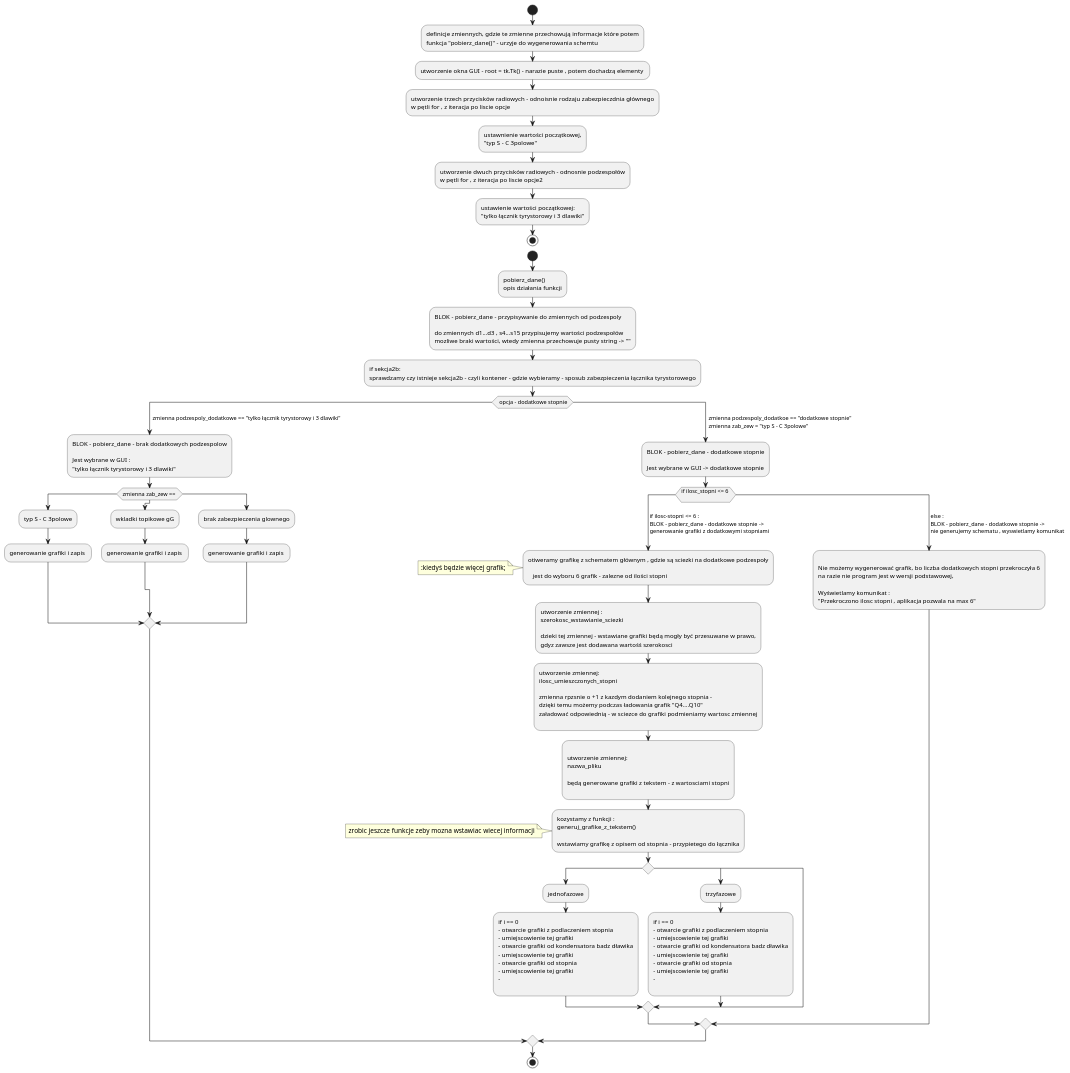
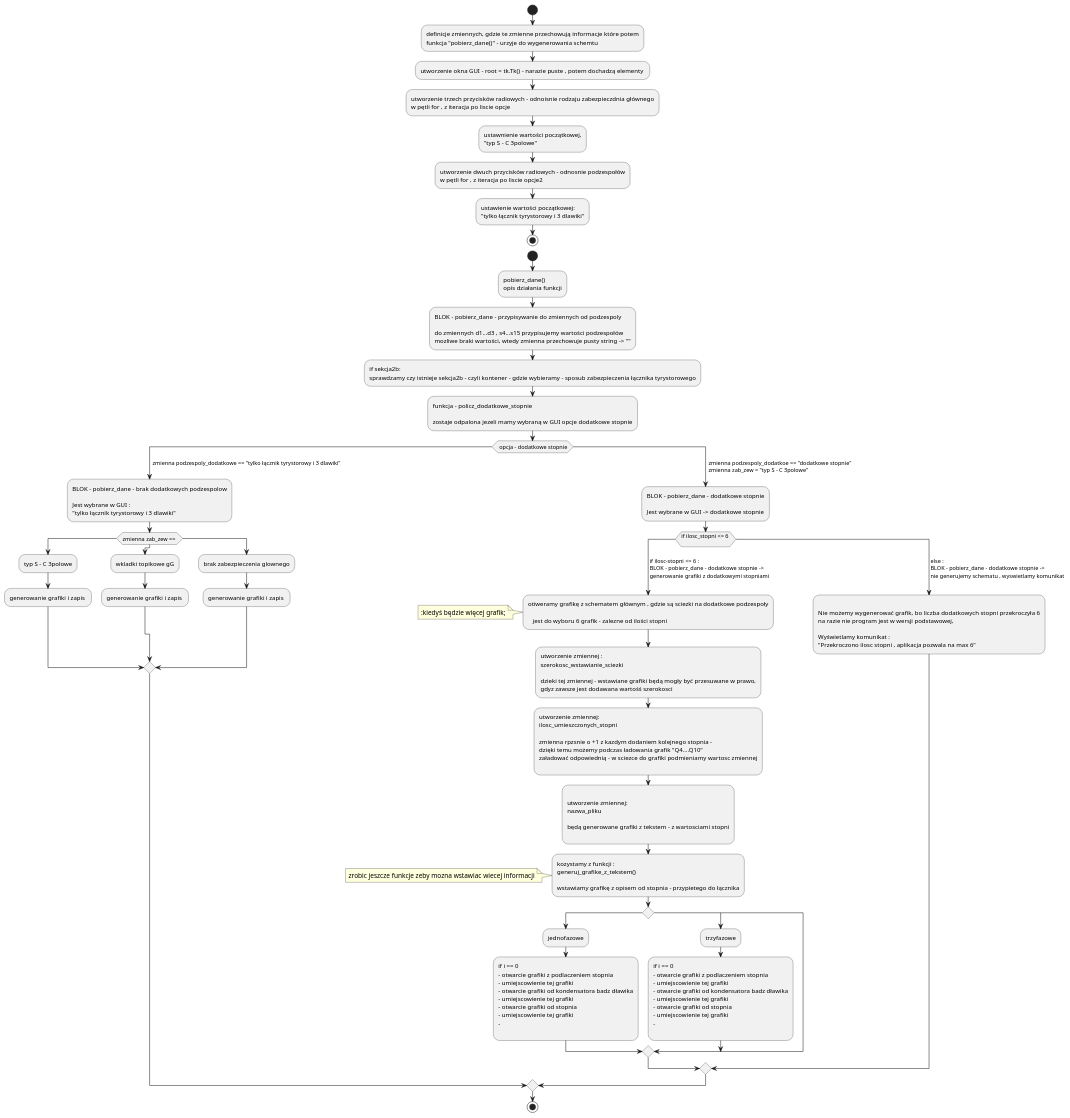
The diagram in generator_schematow_SVC/dzialanie_od_kodu.puml (Froniu7/Projekt-dla-Marka-), drawn with PlantUML before and after one commit. The commit also changed 15 other files, not shown here.

```diff
--- a/generator_schematow_SVC/dzialanie_od_kodu.puml
+++ b/generator_schematow_SVC/dzialanie_od_kodu.puml
@@ -1,123 +1,126 @@
 @startuml
 
 start
 :definicje zmiennych, gdzie te zmienne przechowują informacje które potem
 funkcja "pobierz_dane()" - urzyje do wygenerowania schemtu;
 :utworzenie okna GUI - root = tk.Tk() - narazie puste , potem dochadzą elementy ;
 :utworzenie trzech przycisków radiowych - odnoisnie rodzaju zabezpieczdnia głównego
 w pętli for , z iteracja po liscie opcje;
 :ustawnienie wartości początkowej,
 "typ S - C 3polowe";
 :utworzenie dwuch przycisków radiowych - odnosnie podzespołów
 w pętli for , z iteracja po liscie opcje2;
 :ustawienie wartości początkowej:
 "tylko łącznik tyrystorowy i 3 dlawiki";
 stop
 
 
 start
 :pobierz_dane()
 opis działania funkcji;
 :BLOK - pobierz_dane - przypisywanie do zmiennych od podzespoly
 
 do zmiennych d1...d3 , s4...s15 przypisujemy wartości podzespołów
 mozliwe braki wartości, wtedy zmienna przechowuje pusty string -> "";
 :if sekcja2b:
 sprawdzamy czy istnieje sekcja2b - czyli kontener - gdzie wybieramy - sposub zabezpieczenia łącznika tyrystorowego;
+:funkcja - policz_dodatkowe_stopnie
+
+zostaje odpalona jezeli mamy wybraną w GUI opcje dodatkowe stopnie;
 switch( opcja - dodatkowe stopnie)
 case(  zmienna podzespoly_dodatkowe == "tylko łącznik tyrystorowy i 3 dlawiki")
 :BLOK - pobierz_dane - brak dodatkowych podzespolow
 
 Jest wybrane w GUI :
 "tylko łącznik tyrystorowy i 3 dlawiki";
 switch(zmienna zab_zew == )
 case()
 :typ S - C 3polowe;
 :generowanie grafiki i zapis ;
 case()
 :wkladki topikowe gG;
 :generowanie grafiki i zapis ;
 case()
 :brak zabezpieczenia glownego;
 :generowanie grafiki i zapis ;
 endswitch
 case(  zmienna podzespoly_dodatkoe == "dodatkowe stopnie"\n  zmienna zab_zew = "typ S - C 3polowe")
 :BLOK - pobierz_dane - dodatkowe stopnie
 
 Jest wybrane w GUI -> dodatkowe stopnie;
     switch(if ilosc_stopni <= 6 \n )
         case( if ilosc-stopni <= 6 : \n BLOK - pobierz_dane - dodatkowe stopnie -> \n generowanie grafiki z dodatkowymi stopniami )
 
             :otiweramy grafikę z schematem głównym , gdzie są sciezki na dodatkowe podzespoły
 
                jest do wyboru 6 grafik - zalezne od ilości stopni;
                note left
                 :kiedyś będzie więcej grafik;
                 endnote
             :utworzenie zmiennej :
             szerokosc_wstawianie_sciezki
 
             dzieki tej zmiennej - wstawiane grafiki będą mogły być przesuwane w prawo,
             gdyz zawsze jest dodawana wartośś szerokosci;
             :utworzenie zmiennej:
             ilosc_umieszczonych_stopni
 
             zmienna rpzsnie o +1 z kazdym dodaniem kolejnego stopnia -
             dzięki temu możemy podczas ładowania grafik "Q4....Q10"
             załadować odpowiednią - w sciezce do grafiki podmieniamy wartosc zmiennej
             ;
             :
             utworzenie zmiennej:
             nazwa_pliku
 
             będą generowane grafiki z tekstem - z wartosciami stopni
             ;
             :kozystamy z funkcji :
             generuj_grafike_z_tekstem()
 
             wstawiamy grafikę z opisem od stopnia - przypietego do łącznika;
             note left
                         zrobic jeszcze funkcje zeby mozna wstawiac wiecej informacji
             endnote
                 switch()
                     case()
                         :jednofazowe;
                         :if i == 0
                         - otwarcie grafiki z podlaczeniem stopnia
                         - umiejscowienie tej grafiki
                         - otwarcie grafiki od kondensatora badz dławika
                         - umiejscowienie tej grafiki
                         - otwarcie grafiki od stopnia
                         - umiejscowienie tej grafiki
                         -
                         ;
                     case()
                         :trzyfazowe;
                         :if i == 0
                         - otwarcie grafiki z podlaczeniem stopnia
                         - umiejscowienie tej grafiki
                         - otwarcie grafiki od kondensatora badz dławika
                         - umiejscowienie tej grafiki
                         - otwarcie grafiki od stopnia
                         - umiejscowienie tej grafiki
                         -
                         ;
                     case()
                 endswitch
 
         case( else : \n BLOK - pobierz_dane - dodatkowe stopnie -> \n nie generujemy schematu , wyswietlamy komunikat )
             :
             Nie możemy wygenerować grafik, bo liczba dodatkowych stopni przekroczyła 6
             na razie nie program jest w wersji podstawowej,
 
             Wyświetlamy komunikat :
             "Przekroczono ilosc stopni , aplikacja pozwala na max 6";
 
 
 endswitch
 
 
 endswitch
 stop
 
 @enduml
```
